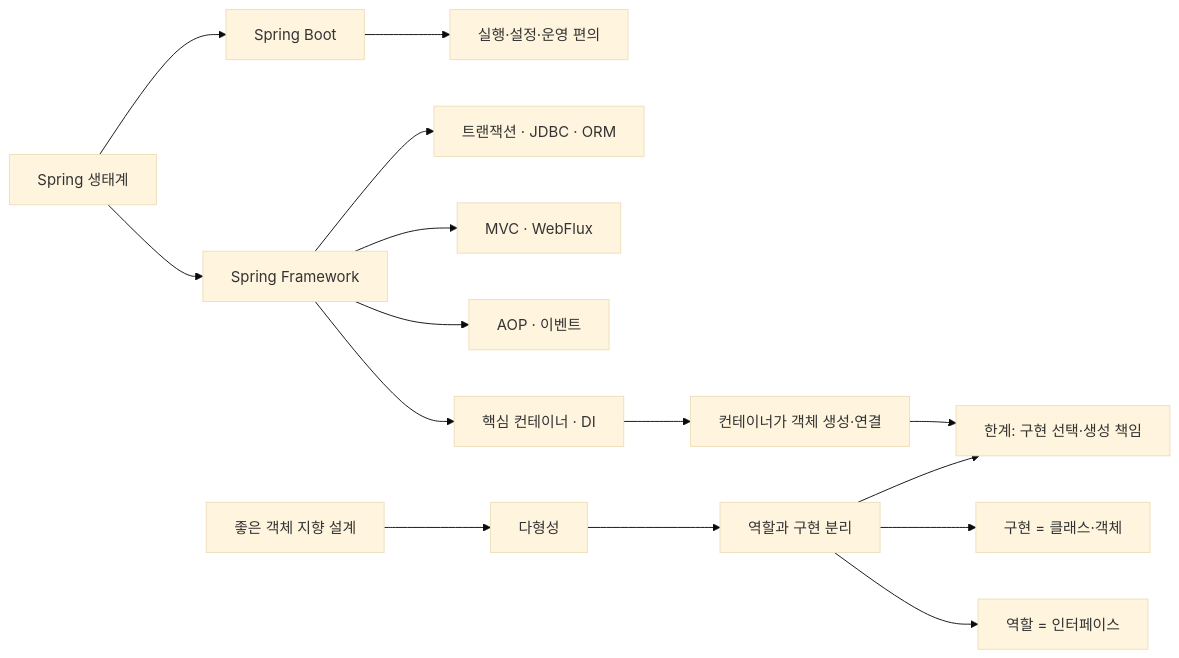
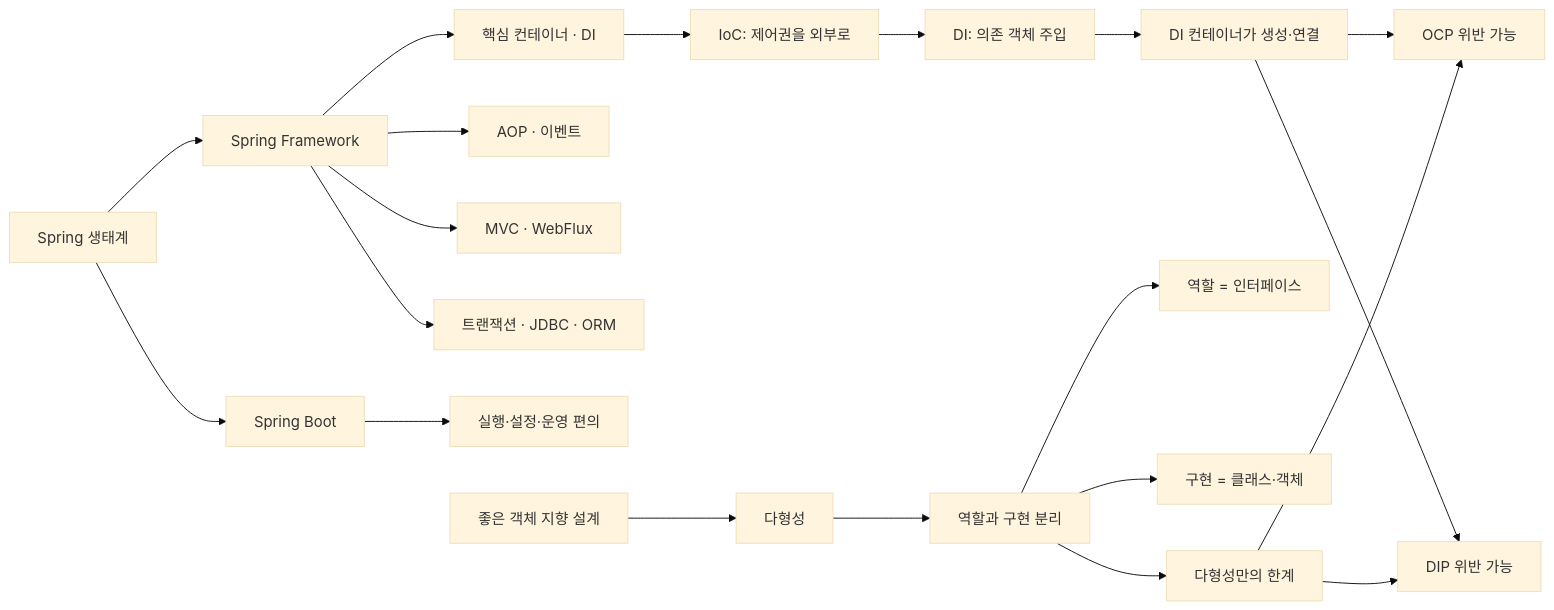
One commit to Hoya324/study-cs-obsidian changed the first of 5 diagrams in 06-sources/reading-notes/spring-core-basic/01-객체-지향-설계와-스프링/1.1 객체 지향 설계와 스프링.md. Above: the diagram before and after it, drawn with Mermaid (base theme). The commit also changed other lines of this file and 2 other files, not shown here.

Commit message:
docs: 스프링 OCP DIP IoC DI 학습 노트 확장

````diff
--- a/06-sources/reading-notes/spring-core-basic/01-객체-지향-설계와-스프링/1.1 객체 지향 설계와 스프링.md
+++ b/06-sources/reading-notes/spring-core-basic/01-객체-지향-설계와-스프링/1.1 객체 지향 설계와 스프링.md
@@ -26,18 +26,23 @@
 ```mermaid
 flowchart LR
     S["Spring 생태계"] --> F["Spring Framework"]
     S --> B["Spring Boot"]
     F --> C["핵심 컨테이너 · DI"]
     F --> A["AOP · 이벤트"]
     F --> W["MVC · WebFlux"]
     F --> D["트랜잭션 · JDBC · ORM"]
     B --> E["실행·설정·운영 편의"]
 
     O["좋은 객체 지향 설계"] --> P["다형성"]
     P --> R["역할과 구현 분리"]
     R --> I["역할 = 인터페이스"]
     R --> M["구현 = 클래스·객체"]
-    R --> L["한계: 구현 선택·생성 책임"]
-    C --> DI["컨테이너가 객체 생성·연결"]
-    DI --> L
+    R --> L["다형성만의 한계"]
+    L --> OCP["OCP 위반 가능"]
+    L --> DIP["DIP 위반 가능"]
+    C --> IOC["IoC: 제어권을 외부로"]
+    IOC --> DI["DI: 의존 객체 주입"]
+    DI --> DC["DI 컨테이너가 생성·연결"]
+    DC --> OCP
+    DC --> DIP
 ```
````
